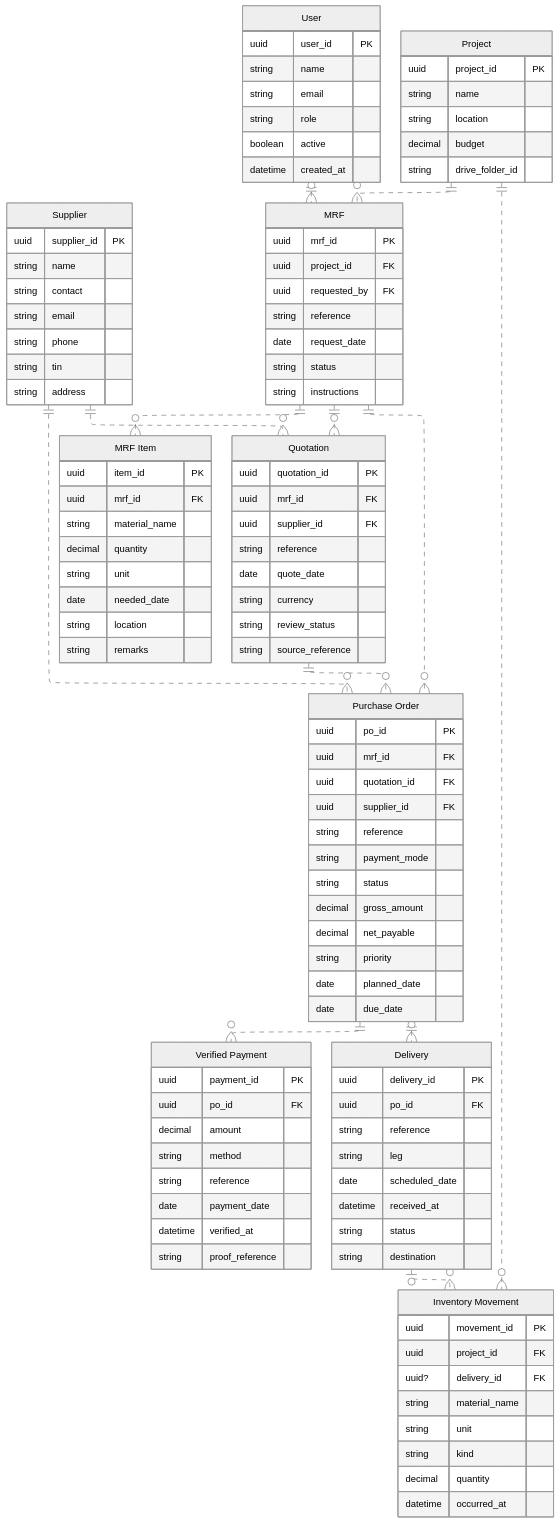
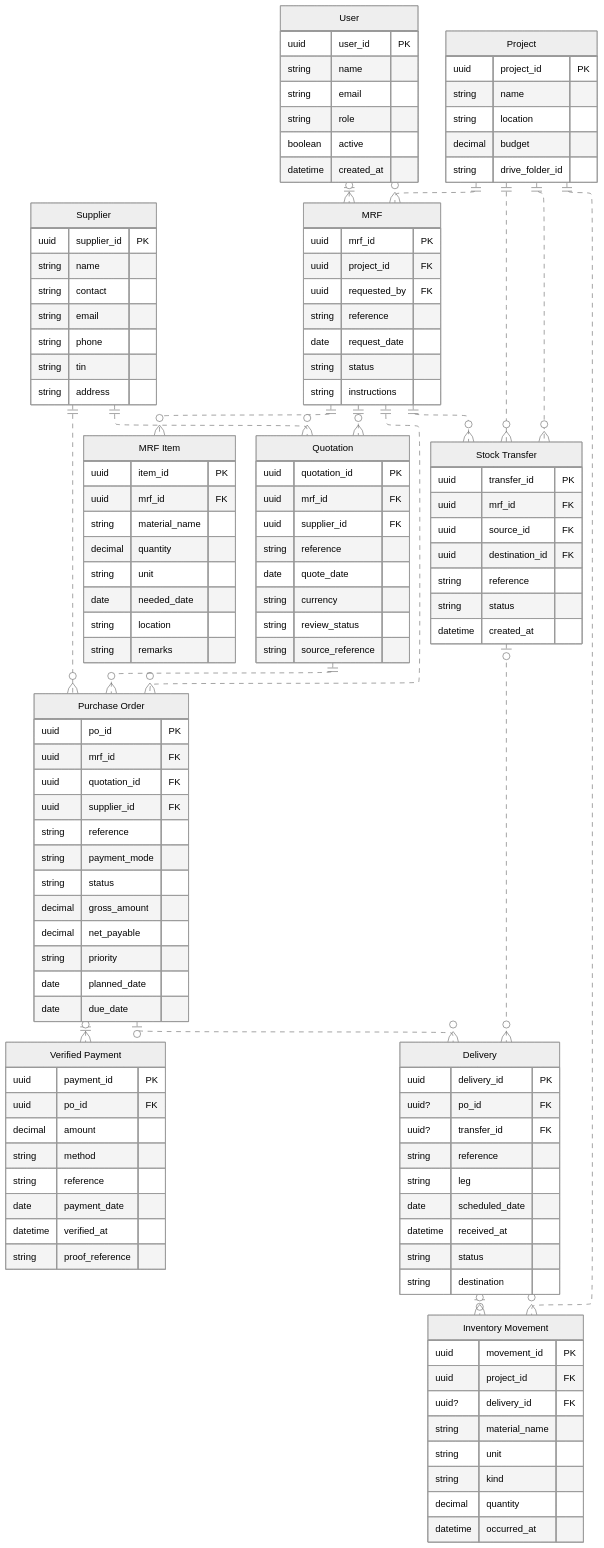
Before and after one commit to yaboii-jah/HML-Prototype: the diagram in docs/thesis/erd/constructsync-erd.mmd, drawn with Mermaid. The commit also changed 94 other files, not shown here.

Commit message:
Add thesis diagrams schema and academic descriptions

```diff
--- a/docs/thesis/erd/constructsync-erd.mmd
+++ b/docs/thesis/erd/constructsync-erd.mmd
@@ -1,130 +1,146 @@
 ---
 config:
   layout: elk
   theme: neutral
 ---
 erDiagram
   direction TB
   accTitle: ConstructSync Core Entity Relationship Diagram
-  accDescr: Ten core tables with expanded business fields and unlabeled Crow's Foot connectors.
+  accDescr: Eleven core entities with expanded business fields and unlabeled Crow's Foot connectors.
   %% Proposed core business view, not the exhaustive physical database schema.
   %% Publication SVG uses a distinct header color per entity; no legend or visible diagram title.
   %% User header color: #BCD8F7
   APP_USER["User"] {
     uuid user_id PK
     string name
     string email
     string role
     boolean active
     datetime created_at
   }
   %% Project header color: #FFDD8A
   PROJECT["Project"] {
     uuid project_id PK
     string name
     string location
     decimal budget
     string drive_folder_id
   }
   %% Supplier header color: #BBE6CC
   SUPPLIER["Supplier"] {
     uuid supplier_id PK
     string name
     string contact
     string email
     string phone
     string tin
     string address
   }
   %% MRF header color: #DAC8F1
   MRF["MRF"] {
     uuid mrf_id PK
     uuid project_id FK
     uuid requested_by FK
     string reference
     date request_date
     string status
     string instructions
   }
   %% MRF Item header color: #F5C3D6
   MRF_ITEM["MRF Item"] {
     uuid item_id PK
     uuid mrf_id FK
     string material_name
     decimal quantity
     string unit
     date needed_date
     string location
     string remarks
   }
   %% Quotation header color: #BAE8E7
   QUOTATION["Quotation"] {
     uuid quotation_id PK
     uuid mrf_id FK
     uuid supplier_id FK
     string reference
     date quote_date
     string currency
     string review_status
     string source_reference
   }
   %% Purchase Order header color: #BBC5F4
   PURCHASE_ORDER["Purchase Order"] {
     uuid po_id PK
     uuid mrf_id FK
     uuid quotation_id FK
     uuid supplier_id FK
     string reference
     string payment_mode
     string status
     decimal gross_amount
     decimal net_payable
     string priority
     date planned_date
     date due_date
   }
   %% Verified Payment header color: #F7C99E
   PAYMENT["Verified Payment"] {
     uuid payment_id PK
     uuid po_id FK
     decimal amount
     string method
     string reference
     date payment_date
     datetime verified_at
     string proof_reference
   }
   %% Delivery header color: #DCEB9F
+  %% DELIVERY constraint: PO XOR transfer; exactly one parent is required, never both or neither.
   DELIVERY["Delivery"] {
     uuid delivery_id PK
-    uuid po_id FK
+    uuid? po_id FK
+    uuid? transfer_id FK
     string reference
     string leg
     date scheduled_date
     datetime received_at
     string status
     string destination
   }
   %% Inventory Movement header color: #D2D9E0
   INVENTORY_MOVEMENT["Inventory Movement"] {
     uuid movement_id PK
     uuid project_id FK
     uuid? delivery_id FK
     string material_name
     string unit
     string kind
     decimal quantity
     datetime occurred_at
   }
+  %% Stock Transfer header color: #F2D4DC
+  STOCK_TRANSFER["Stock Transfer"] {
+    uuid transfer_id PK
+    uuid mrf_id FK
+    uuid source_id FK
+    uuid destination_id FK
+    string reference
+    string status
+    datetime created_at
+  }
   APP_USER ||..o{ MRF : ""
   PROJECT ||..o{ MRF : ""
   MRF ||..o{ MRF_ITEM : ""
   MRF ||..o{ QUOTATION : ""
   SUPPLIER ||..o{ QUOTATION : ""
   MRF ||..o{ PURCHASE_ORDER : ""
   QUOTATION ||..o{ PURCHASE_ORDER : ""
   SUPPLIER ||..o{ PURCHASE_ORDER : ""
   PURCHASE_ORDER ||..o{ PAYMENT : ""
-  PURCHASE_ORDER ||..o{ DELIVERY : ""
+  PURCHASE_ORDER |o..o{ DELIVERY : ""
   PROJECT ||..o{ INVENTORY_MOVEMENT : ""
   DELIVERY |o..o{ INVENTORY_MOVEMENT : ""
+  MRF ||..o{ STOCK_TRANSFER : ""
+  PROJECT ||..o{ STOCK_TRANSFER : ""
+  PROJECT ||..o{ STOCK_TRANSFER : ""
+  STOCK_TRANSFER |o..o{ DELIVERY : ""
```
